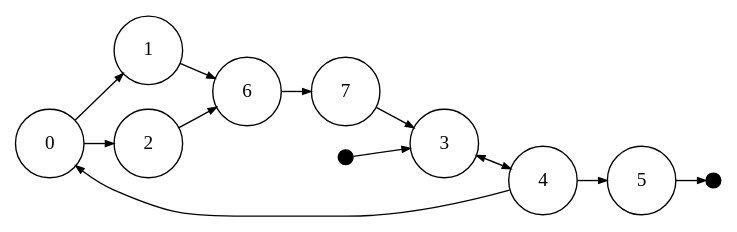
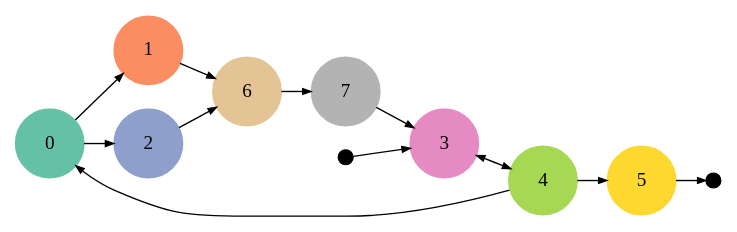
One commit to bzamecnik/music-viz changed the diagram in hladova-zed/hladova-zed-8-gram-state-diagram.gv. Above: the diagram before and after it, drawn with Graphviz. The commit also changed 7 other files, not shown here.

First line of the commit message:
Colorize the graphs to match other diagrams.

```diff
--- a/hladova-zed/hladova-zed-8-gram-state-diagram.gv
+++ b/hladova-zed/hladova-zed-8-gram-state-diagram.gv
@@ -1,27 +1,28 @@
 digraph {
 	graph [concentrate=true margin=0.2 nodesep=0.25 rankdir=LR ranksep=0.3]
 	node [fixedsize=true height=0.7 shape=circle width=0.7]
 	edge [arrowsize=0.6]
-		0
-		1
-		2
-		3
-		4
-		6
-		7
+		0 [color="0.447464, 0.474227, 0.760784" style=filled]
+		1 [color="0.047140, 0.605219, 0.981315" style=filled]
+		2 [color="0.616461, 0.303572, 0.795955" style=filled]
+		3 [color="0.897074, 0.400017, 0.903114" style=filled]
+		4 [color="0.228786, 0.612469, 0.847090" style=filled]
+		5 [color="0.136423, 0.814864, 0.998631" style=filled]
+		6 [color="0.098765, 0.350451, 0.895732" style=filled]
+		7 [color="0.000000, 0.000000, 0.701961" style=filled]
 			0 -> 1
 			0 -> 2
 			1 -> 6
 			2 -> 6
 			3 -> 4
 			4 -> 0
 			4 -> 3
 			4 -> 5
 			6 -> 7
 			7 -> 3
 		node [shape=point width=0.15]
 		start [label=""]
 			start -> 3
 		end [label=""]
 			5 -> end
 }
```
